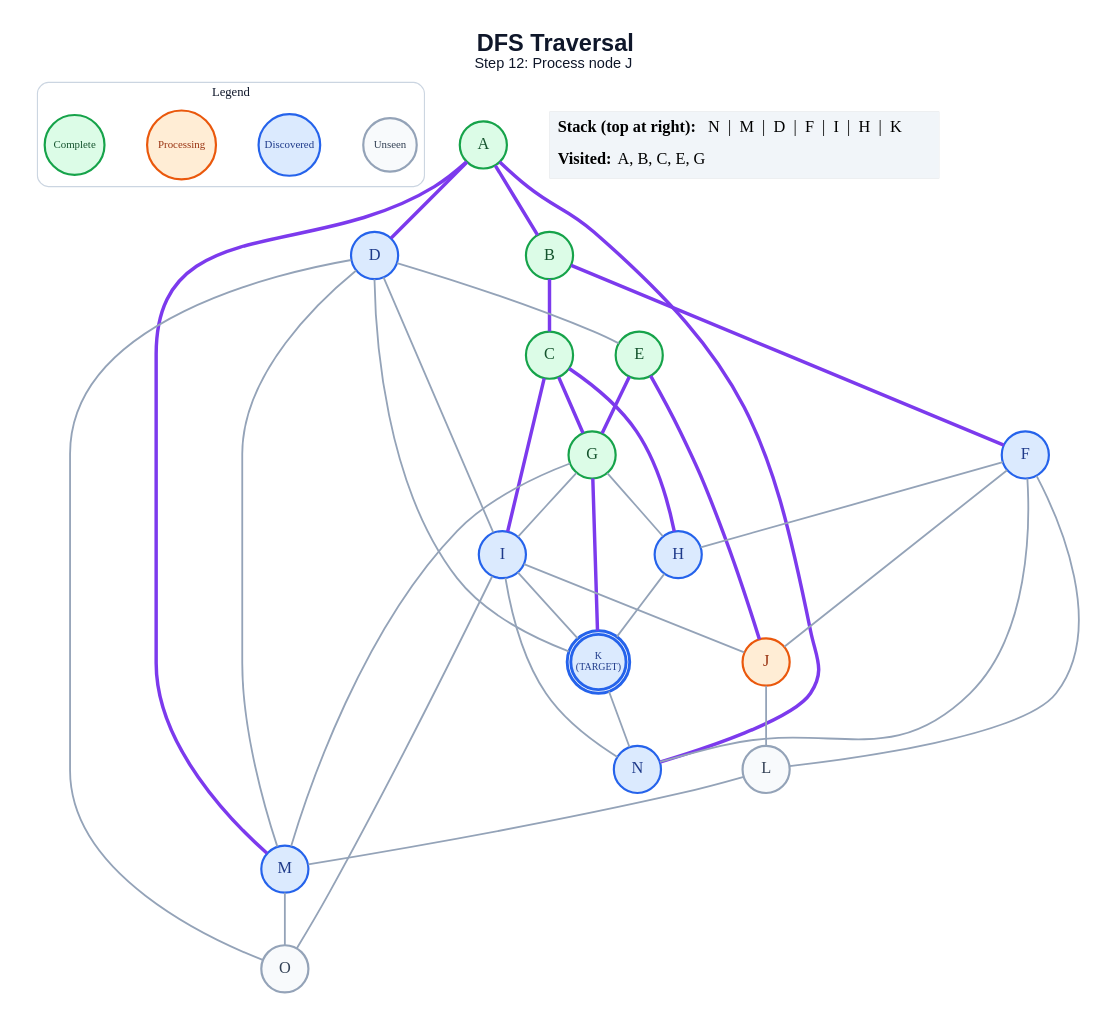
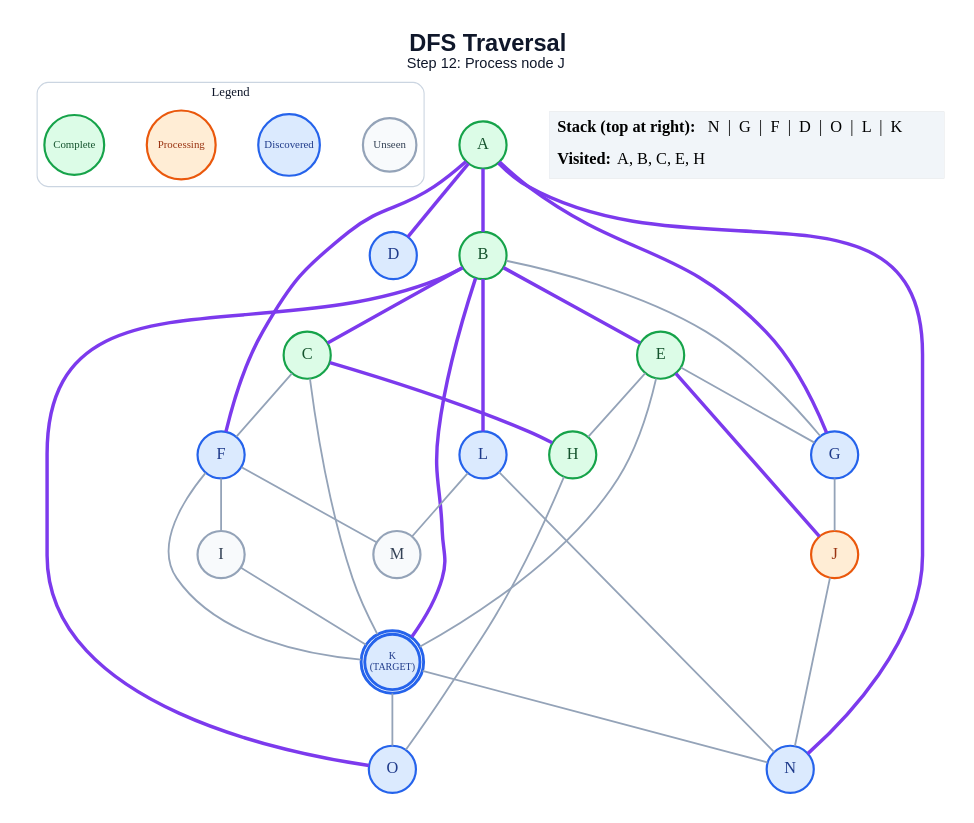
Before and after one commit to anon7238593-create/ai-slop: the diagram in generated/dfs/step_12.dot, drawn with Graphviz. The commit also changed 213 other files, not shown here.

```diff
--- a/generated/dfs/step_12.dot
+++ b/generated/dfs/step_12.dot
@@ -1,67 +1,63 @@
 graph traversal {
   graph [layout=dot, rankdir=TB, bgcolor="#FFFFFF", pad="0.35", nodesep="0.65", ranksep="0.8", fontname="Arial"];
   node [shape=circle, style="filled", fontname="Arial Bold", fontsize=18, width=0.72, fixedsize=true, penwidth=2.4];
   edge [color="#94A3B8", penwidth=2.0];
   label=<<B>DFS Traversal</B><BR/><FONT POINT-SIZE="16">Step 12: Process node J</FONT>>; labelloc="t"; fontsize=26; fontname="Arial"; fontcolor="#0F172A";
   subgraph cluster_legend { label="Legend"; color="#CBD5E1"; penwidth=1.2; style="rounded"; fontsize=14; fontname="Arial Bold";
     key_unseen [label="Unseen", fillcolor="#F8FAFC", color="#94A3B8", fontcolor="#334155", fontsize=12, width=0.82];
     key_frontier [label="Discovered", fillcolor="#DBEAFE", color="#2563EB", fontcolor="#1E3A8A", fontsize=12, width=0.95];
     key_current [label="Processing", fillcolor="#FFEDD5", color="#EA580C", fontcolor="#9A3412", fontsize=12, width=1.05];
     key_done [label="Complete", fillcolor="#DCFCE7", color="#16A34A", fontcolor="#14532D", fontsize=12, width=0.92];
     { rank=same; key_unseen; key_frontier; key_current; key_done; }
   }
   A [label="A", fillcolor="#DCFCE7", color="#16A34A", fontcolor="#14532D", peripheries=1, penwidth=2.4];
   B [label="B", fillcolor="#DCFCE7", color="#16A34A", fontcolor="#14532D", peripheries=1, penwidth=2.4];
   C [label="C", fillcolor="#DCFCE7", color="#16A34A", fontcolor="#14532D", peripheries=1, penwidth=2.4];
   D [label="D", fillcolor="#DBEAFE", color="#2563EB", fontcolor="#1E3A8A", peripheries=1, penwidth=2.4];
   E [label="E", fillcolor="#DCFCE7", color="#16A34A", fontcolor="#14532D", peripheries=1, penwidth=2.4];
   F [label="F", fillcolor="#DBEAFE", color="#2563EB", fontcolor="#1E3A8A", peripheries=1, penwidth=2.4];
-  G [label="G", fillcolor="#DCFCE7", color="#16A34A", fontcolor="#14532D", peripheries=1, penwidth=2.4];
-  H [label="H", fillcolor="#DBEAFE", color="#2563EB", fontcolor="#1E3A8A", peripheries=1, penwidth=2.4];
-  I [label="I", fillcolor="#DBEAFE", color="#2563EB", fontcolor="#1E3A8A", peripheries=1, penwidth=2.4];
+  G [label="G", fillcolor="#DBEAFE", color="#2563EB", fontcolor="#1E3A8A", peripheries=1, penwidth=2.4];
+  H [label="H", fillcolor="#DCFCE7", color="#16A34A", fontcolor="#14532D", peripheries=1, penwidth=2.4];
+  I [label="I", fillcolor="#F8FAFC", color="#94A3B8", fontcolor="#334155", peripheries=1, penwidth=2.4];
   J [label="J", fillcolor="#FFEDD5", color="#EA580C", fontcolor="#9A3412", peripheries=1, penwidth=2.4];
   K [label="K\n(TARGET)", fillcolor="#DBEAFE", color="#2563EB", fontcolor="#1E3A8A", peripheries=2, penwidth=3.2, fontsize=11, width=0.85, height=0.85];
-  L [label="L", fillcolor="#F8FAFC", color="#94A3B8", fontcolor="#334155", peripheries=1, penwidth=2.4];
-  M [label="M", fillcolor="#DBEAFE", color="#2563EB", fontcolor="#1E3A8A", peripheries=1, penwidth=2.4];
+  L [label="L", fillcolor="#DBEAFE", color="#2563EB", fontcolor="#1E3A8A", peripheries=1, penwidth=2.4];
+  M [label="M", fillcolor="#F8FAFC", color="#94A3B8", fontcolor="#334155", peripheries=1, penwidth=2.4];
   N [label="N", fillcolor="#DBEAFE", color="#2563EB", fontcolor="#1E3A8A", peripheries=1, penwidth=2.4];
-  O [label="O", fillcolor="#F8FAFC", color="#94A3B8", fontcolor="#334155", peripheries=1, penwidth=2.4];
+  O [label="O", fillcolor="#DBEAFE", color="#2563EB", fontcolor="#1E3A8A", peripheries=1, penwidth=2.4];
   A -- B [color="#7C3AED", penwidth=3.8];
   A -- D [color="#7C3AED", penwidth=3.8];
-  A -- M [color="#7C3AED", penwidth=3.8];
+  A -- F [color="#7C3AED", penwidth=3.8];
+  A -- G [color="#7C3AED", penwidth=3.8];
   A -- N [color="#7C3AED", penwidth=3.8];
   B -- C [color="#7C3AED", penwidth=3.8];
-  B -- F [color="#7C3AED", penwidth=3.8];
-  C -- G [color="#7C3AED", penwidth=3.8];
+  B -- E [color="#7C3AED", penwidth=3.8];
+  B -- G;
+  B -- K [color="#7C3AED", penwidth=3.8];
+  B -- L [color="#7C3AED", penwidth=3.8];
+  B -- O [color="#7C3AED", penwidth=3.8];
+  C -- F;
   C -- H [color="#7C3AED", penwidth=3.8];
-  C -- I [color="#7C3AED", penwidth=3.8];
-  D -- E;
-  D -- I;
-  D -- K;
-  D -- M;
-  D -- O;
-  E -- G [color="#7C3AED", penwidth=3.8];
+  C -- K;
+  E -- G;
+  E -- H;
   E -- J [color="#7C3AED", penwidth=3.8];
-  F -- H;
-  F -- J;
-  F -- L;
-  F -- N;
-  G -- H;
-  G -- I;
-  G -- K [color="#7C3AED", penwidth=3.8];
-  G -- M;
-  H -- K;
-  I -- J;
+  E -- K;
+  F -- I;
+  F -- K;
+  F -- M;
+  G -- J;
+  H -- O;
   I -- K;
-  I -- N;
-  I -- O;
-  J -- L;
+  J -- N;
   K -- N;
+  K -- O;
   L -- M;
-  M -- O;
+  L -- N;
   status [shape=plain, fixedsize=false, width=0, height=0, margin=0, label=<
     <TABLE BORDER="0" CELLBORDER="0" CELLPADDING="7" BGCOLOR="#F1F5F9">
-      <TR><TD ALIGN="LEFT"><B>Stack (top at right):</B> N  |  M  |  D  |  F  |  I  |  H  |  K</TD></TR>
-      <TR><TD ALIGN="LEFT"><B>Visited:</B> A, B, C, E, G</TD></TR>
+      <TR><TD ALIGN="LEFT"><B>Stack (top at right):</B> N  |  G  |  F  |  D  |  O  |  L  |  K</TD></TR>
+      <TR><TD ALIGN="LEFT"><B>Visited:</B> A, B, C, E, H</TD></TR>
     </TABLE>
   >];
 }
```
